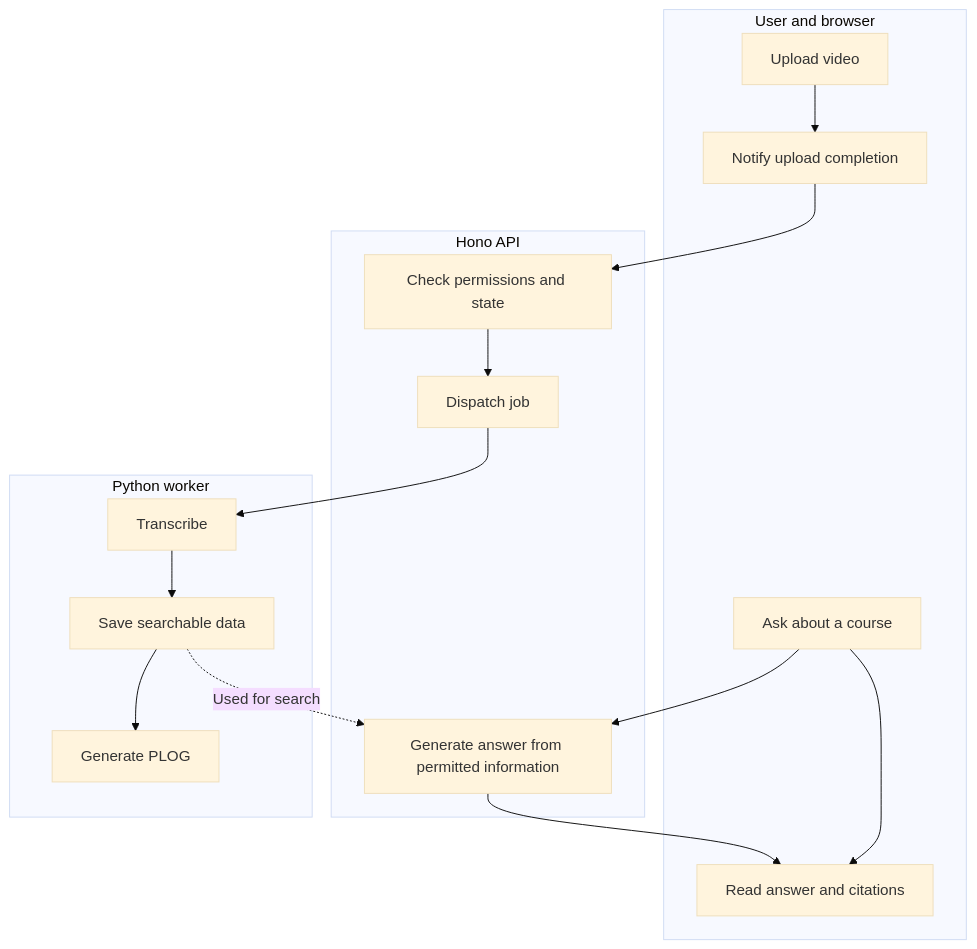
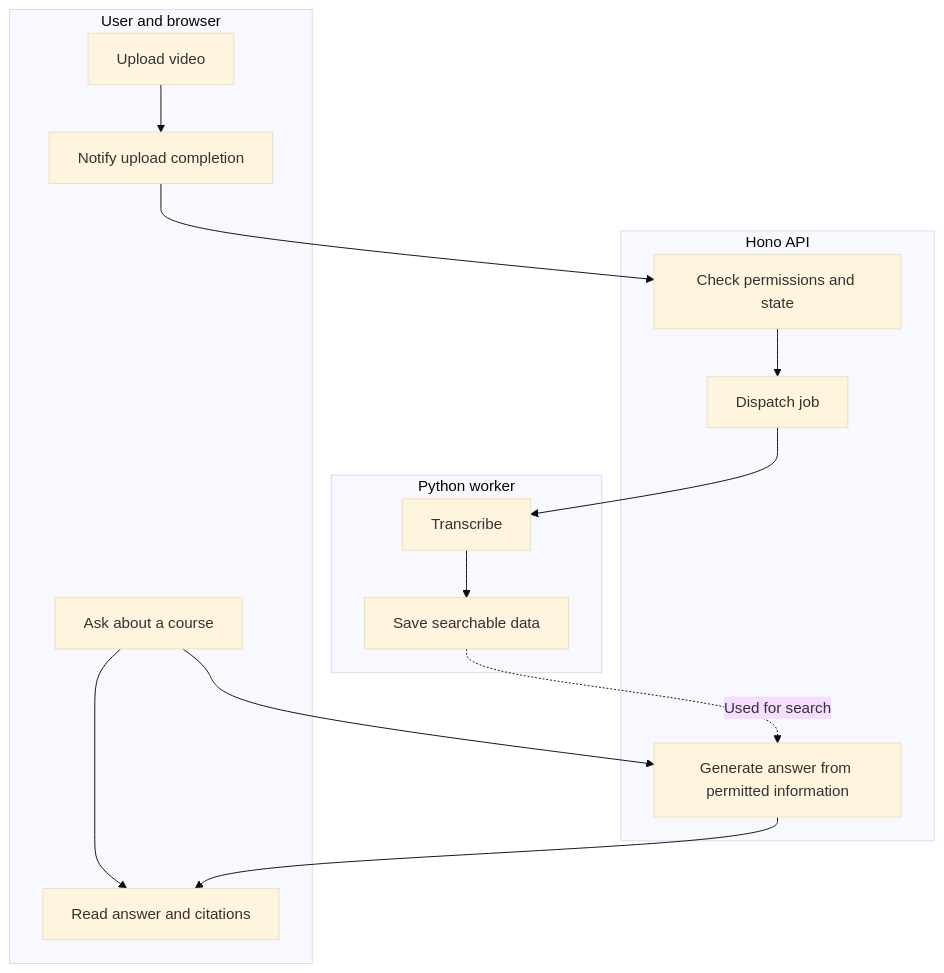
Before and after one commit to yukiharada1228/videoq: the diagram in docs/architecture/bpmn.md, drawn with Mermaid (base theme). The commit also changed other lines of this file and 173 other files, not shown here.

````diff
--- a/docs/architecture/bpmn.md
+++ b/docs/architecture/bpmn.md
@@ -12,21 +12,20 @@
 ```mermaid
 flowchart TB
     subgraph User[User and browser]
       Upload[Upload video] --> Confirm[Notify upload completion]
       Ask[Ask about a course] --> Read[Read answer and citations]
     end
     subgraph API[Hono API]
       Accept[Check permissions and state]
       Dispatch[Dispatch job]
       Answer[Generate answer from permitted information]
     end
     subgraph Worker[Python worker]
       Transcribe[Transcribe]
       Index[Save searchable data]
-      Plog[Generate PLOG]
     end
     Confirm --> Accept --> Dispatch
-    Dispatch --> Transcribe --> Index --> Plog
+    Dispatch --> Transcribe --> Index
     Index -. Used for search .-> Answer
     Ask --> Answer --> Read
 ```
````
